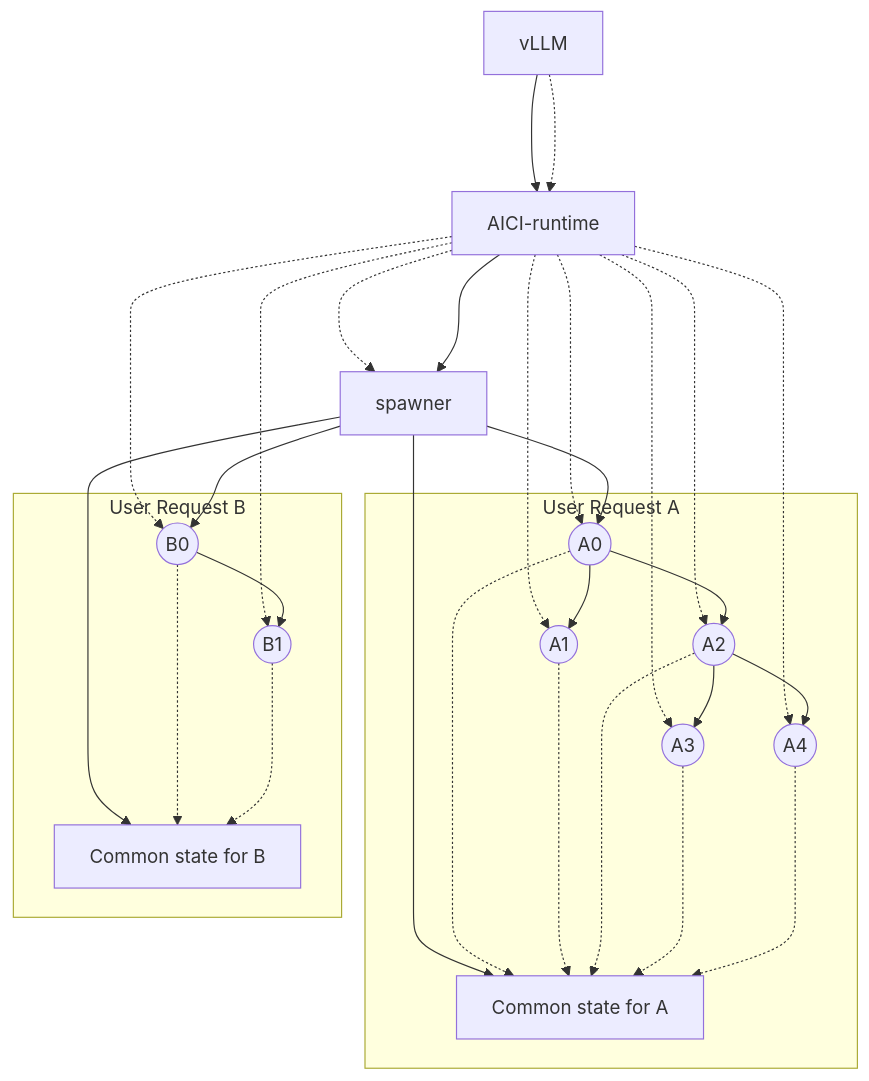
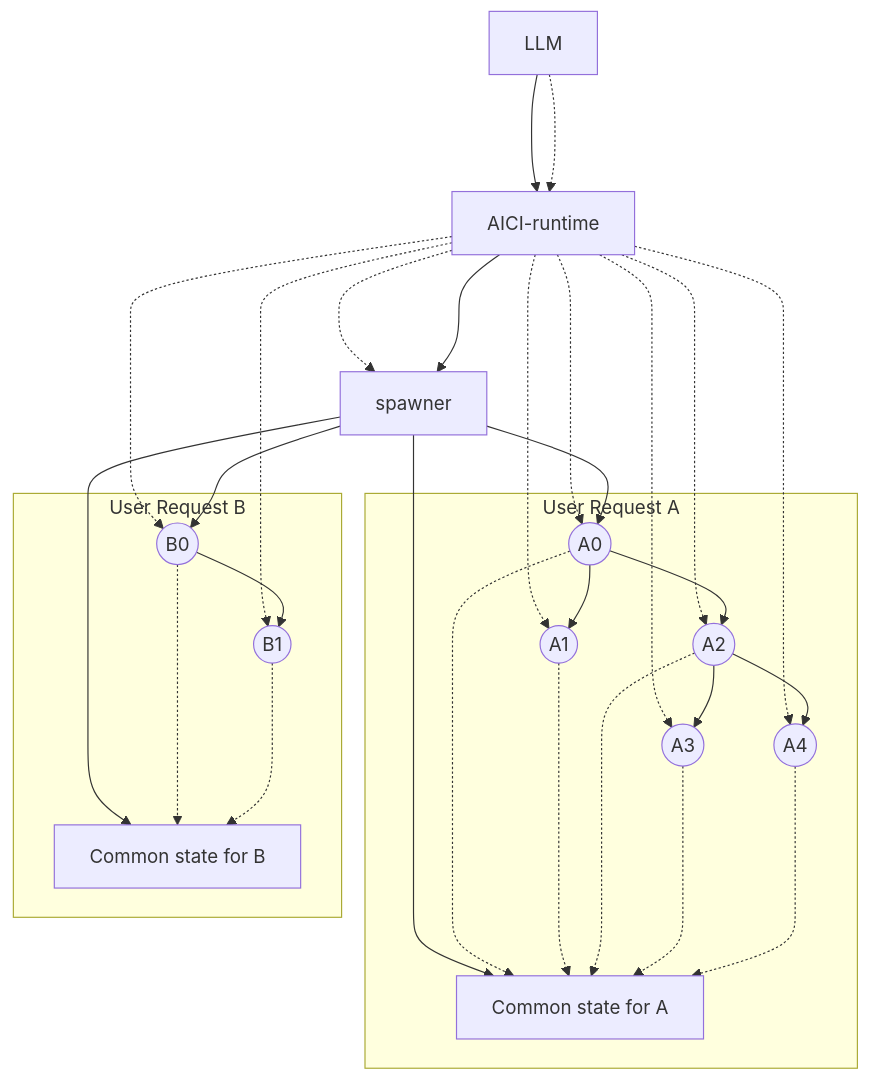
One commit to microsoft/aici changed the third of 3 diagrams in aicirt/README.md. Above: the diagram before and after it, drawn with Mermaid. The commit also changed other lines of this file and 2 other files, not shown here.

````diff
--- a/aicirt/README.md
+++ b/aicirt/README.md
@@ -49,34 +49,34 @@
 ```mermaid
 graph TD
-    vLLM ---> aicirt[AICI-runtime]
-    vLLM -..-> aicirt
+    LLM ---> aicirt[AICI-runtime]
+    LLM -..-> aicirt
     aicirt -..-> spawner
     aicirt -..-> A0((A0))
     aicirt -..-> A1((A1))
     aicirt -..-> A2((A2))
     aicirt -..-> A3((A3))
     aicirt -..-> A4((A4))
     aicirt ---> spawner
     spawner --> A0
     spawner --> CommsA[Common state for A]
     subgraph User Request A
       A0 --> A1
       A0 --> A2
       A2 --> A3
       A2 --> A4
       A0 -..-> CommsA
       A1 -..-> CommsA
       A2 -..-> CommsA
       A3 -..-> CommsA
       A4 -..-> CommsA
     end
     aicirt -..-> B0((B0))
     aicirt -..-> B1((B1))
     spawner --> B0
     spawner --> CommsB[Common state for B]
     subgraph User Request B
       B0 -..-> CommsB
       B1 -..-> CommsB
       B0 --> B1
     end
 ```
````
